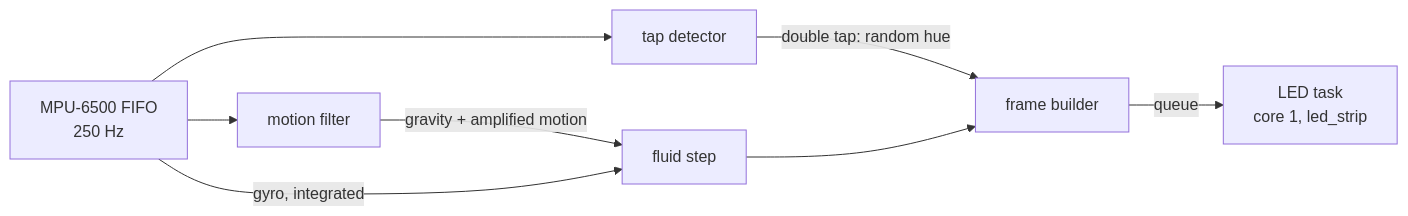
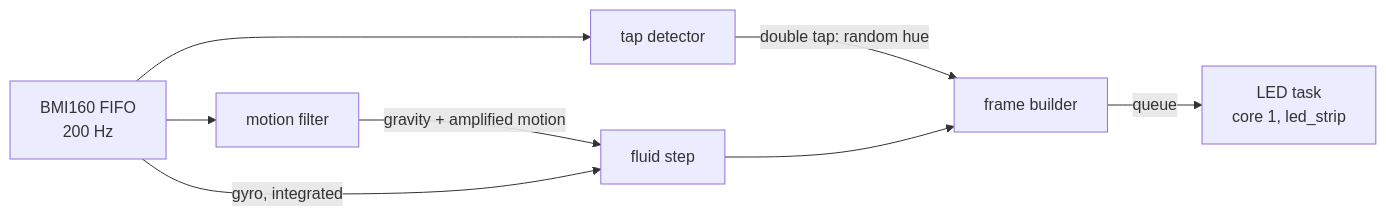
One commit to psytraxx/gravity-cube-espidf changed the third of 3 diagrams in README.md. Above: the diagram before and after it, drawn with Mermaid. The commit also changed other lines of this file and 15 other files, not shown here.

First line of the commit message:
Use a BMI160 IMU over SPI

````diff
--- a/README.md
+++ b/README.md
@@ -192,10 +198,10 @@
 ```mermaid
 flowchart LR
-    IMU[MPU-6500 FIFO<br/>250 Hz] --> TAP[tap detector]
+    IMU[BMI160 FIFO<br/>200 Hz] --> TAP[tap detector]
     IMU --> MF[motion filter]
     TAP -->|double tap: random hue| FB
     MF -->|gravity + amplified motion| FX[fluid step]
     IMU -->|gyro, integrated| FX
     FX --> FB[frame builder]
     FB -->|queue| LED[LED task<br/>core 1, led_strip]
 ```
````
